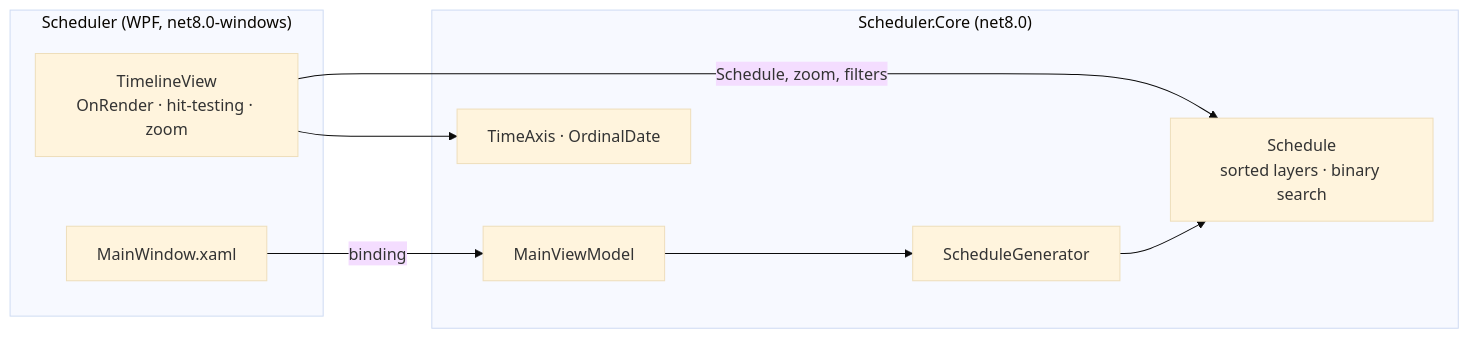
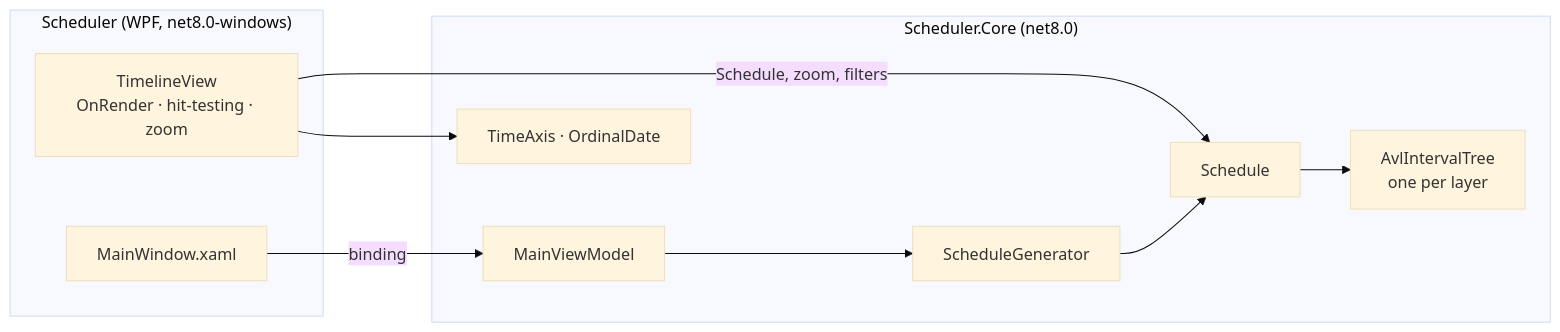
The diagram in README.md (Staery/Scheduler), drawn with Mermaid (base theme) before and after one commit. The commit also changed other lines of this file and 7 other files, not shown here.

First line of the commit message:
Index layers with a custom AVL interval tree

````diff
--- a/README.md
+++ b/README.md
@@ -60,19 +61,21 @@
 ```mermaid
 flowchart LR
     subgraph App["Scheduler (WPF, net8.0-windows)"]
         V[MainWindow.xaml]
         T[TimelineView<br/>OnRender · hit-testing · zoom]
     end
 
     subgraph Core["Scheduler.Core (net8.0)"]
         VM[MainViewModel]
         G[ScheduleGenerator]
-        S[Schedule<br/>sorted layers · binary search]
+        S[Schedule]
+        AVL[AvlIntervalTree<br/>one per layer]
         A[TimeAxis · OrdinalDate]
     end
 
     V -- binding --> VM
     T -- Schedule, zoom, filters --> S
+    S --> AVL
     T --> A
     VM --> G --> S
 ```
````
